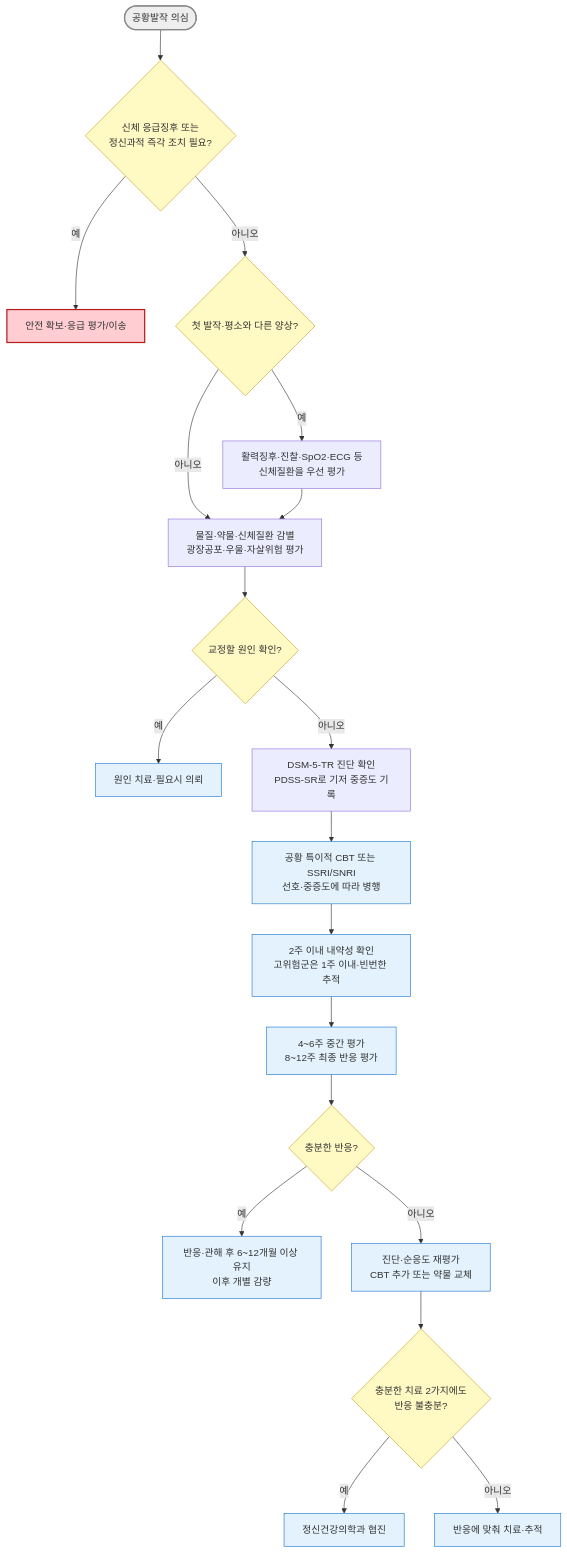
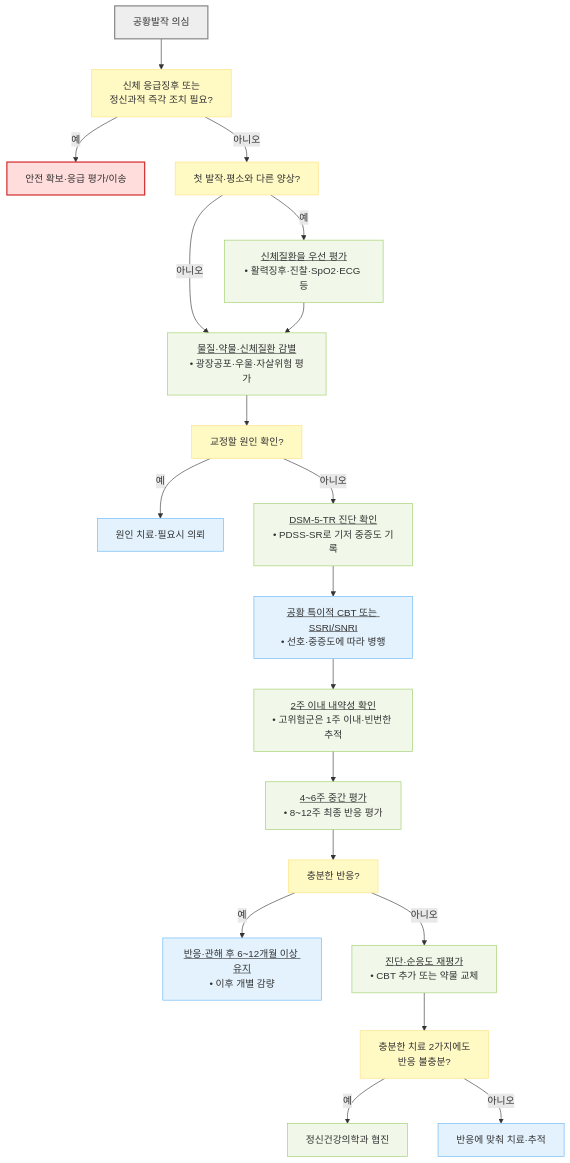
Before and after one commit to familyoh77/familyoh77: the first of 2 diagrams in 221_/026_-panic-disorder.md, drawn with Mermaid. The commit also changed other lines of this file and 17 other files, not shown here.

````diff
--- a/221_/026_-panic-disorder.md
+++ b/221_/026_-panic-disorder.md
@@ -205,29 +205,32 @@
 ```mermaid
 flowchart TD
-    Start(["공황발작 의심"]) --> RF{"신체 응급징후 또는<br/>정신과적 즉각 조치 필요?"}
+    Start["공황발작 의심"] --> RF["신체 응급징후 또는<br/>정신과적 즉각 조치 필요?"]
     RF -- "예" --> ER["안전 확보·응급 평가/이송"]
-    RF -- "아니오" --> First{"첫 발작·평소와 다른 양상?"}
-    First -- "예" --> Check["활력징후·진찰·SpO2·ECG 등<br/>신체질환을 우선 평가"]
-    First -- "아니오" --> Eval["물질·약물·신체질환 감별<br/>광장공포·우울·자살위험 평가"]
+    RF -- "아니오" --> First["첫 발작·평소와 다른 양상?"]
+    First -- "예" --> Check["<u>신체질환을 우선 평가</u><br/>• 활력징후·진찰·SpO2·ECG 등"]
+    First -- "아니오" --> Eval["<u>물질·약물·신체질환 감별</u><br/>• 광장공포·우울·자살위험 평가"]
     Check --> Eval
-    Eval --> Cause{"교정할 원인 확인?"}
+    Eval --> Cause["교정할 원인 확인?"]
     Cause -- "예" --> Correct["원인 치료·필요시 의뢰"]
-    Cause -- "아니오" --> Dx["DSM-5-TR 진단 확인<br/>PDSS-SR로 기저 중증도 기록"]
-    Dx --> Tx["공황 특이적 CBT 또는 SSRI/SNRI<br/>선호·중증도에 따라 병행"]
-    Tx --> Follow["2주 이내 내약성 확인<br/>고위험군은 1주 이내·빈번한 추적"]
-    Follow --> Review["4~6주 중간 평가<br/>8~12주 최종 반응 평가"]
-    Review --> R{"충분한 반응?"}
-    R -- "예" --> Keep["반응·관해 후 6~12개월 이상 유지<br/>이후 개별 감량"]
-    R -- "아니오" --> Adjust["진단·순응도 재평가<br/>CBT 추가 또는 약물 교체"]
-    Adjust --> Resist{"충분한 치료 2가지에도<br/>반응 불충분?"}
+    Cause -- "아니오" --> Dx["<u>DSM-5-TR 진단 확인</u><br/>• PDSS-SR로 기저 중증도 기록"]
+    Dx --> Tx["<u>공황 특이적 CBT 또는 SSRI/SNRI</u><br/>• 선호·중증도에 따라 병행"]
+    Tx --> Follow["<u>2주 이내 내약성 확인</u><br/>• 고위험군은 1주 이내·빈번한 추적"]
+    Follow --> Review["<u>4~6주 중간 평가</u><br/>• 8~12주 최종 반응 평가"]
+    Review --> R["충분한 반응?"]
+    R -- "예" --> Keep["<u>반응·관해 후 6~12개월 이상 유지</u><br/>• 이후 개별 감량"]
+    R -- "아니오" --> Adjust["<u>진단·순응도 재평가</u><br/>• CBT 추가 또는 약물 교체"]
+    Adjust --> Resist["충분한 치료 2가지에도<br/>반응 불충분?"]
     Resist -- "예" --> Ref["정신건강의학과 협진"]
     Resist -- "아니오" --> Plan["반응에 맞춰 치료·추적"]
-    classDef start fill:#eee,stroke:#888,stroke-width:2px
-    classDef decision fill:#fff9c4,stroke:#c9a227
-    classDef emergency fill:#ffcdd2,stroke:#b71c1c,stroke-width:2px
-    classDef treatment fill:#e3f2fd,stroke:#1976d2
+
+    classDef start fill:#eeeeee,stroke:#888888,stroke-width:2px
+    classDef question fill:#fff9c4,stroke:#ffe082
+    classDef emergency fill:#ffdddd,stroke:#d32f2f,stroke-width:2px
+    classDef evaluation fill:#f1f8e9,stroke:#9ccc65
+    classDef treatment fill:#e3f2fd,stroke:#64b5f6
     class Start start
-    class RF,First,Cause,R,Resist decision
+    class RF,First,Cause,R,Resist question
     class ER emergency
-    class Correct,Tx,Follow,Review,Keep,Adjust,Ref,Plan treatment
+    class Check,Eval,Dx,Follow,Review,Adjust,Ref evaluation
+    class Correct,Tx,Keep,Plan treatment
 ```
````
